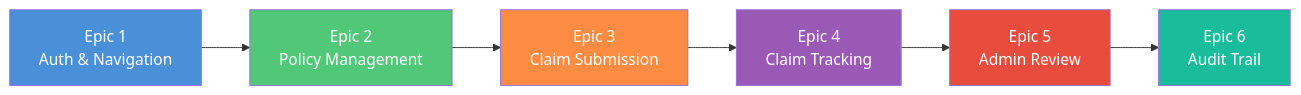
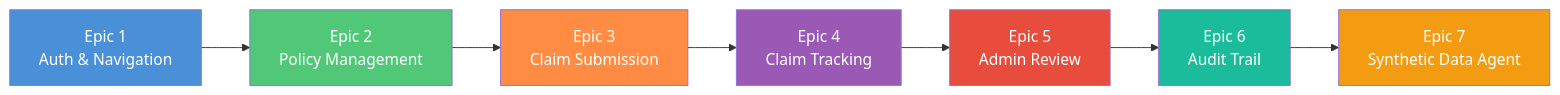
Before and after one commit to kv-sub/Random-ui: the first of 3 diagrams in docs/sprint-plan/09-sprint-plan.md, drawn with Mermaid. The commit also changed other lines of this file and 16 other files, not shown here.

Commit message:
Commit for synthetic agent integration

````diff
--- a/docs/sprint-plan/09-sprint-plan.md
+++ b/docs/sprint-plan/09-sprint-plan.md
@@ -24,22 +25,26 @@
 ```mermaid
 graph LR
     E1[Epic 1<br/>Auth & Navigation]
     E2[Epic 2<br/>Policy Management]
     E3[Epic 3<br/>Claim Submission]
     E4[Epic 4<br/>Claim Tracking]
     E5[Epic 5<br/>Admin Review]
     E6[Epic 6<br/>Audit Trail]
 
+    E7[Epic 7<br/>Synthetic Data Agent]
+
     E1 --> E2
     E2 --> E3
     E3 --> E4
     E4 --> E5
     E5 --> E6
+    E6 --> E7
 
     style E1 fill:#4A90D9,color:#fff
     style E2 fill:#50C878,color:#fff
     style E3 fill:#FF8C42,color:#fff
     style E4 fill:#9B59B6,color:#fff
     style E5 fill:#E74C3C,color:#fff
     style E6 fill:#1ABC9C,color:#fff
+    style E7 fill:#F39C12,color:#fff
 ```
````
